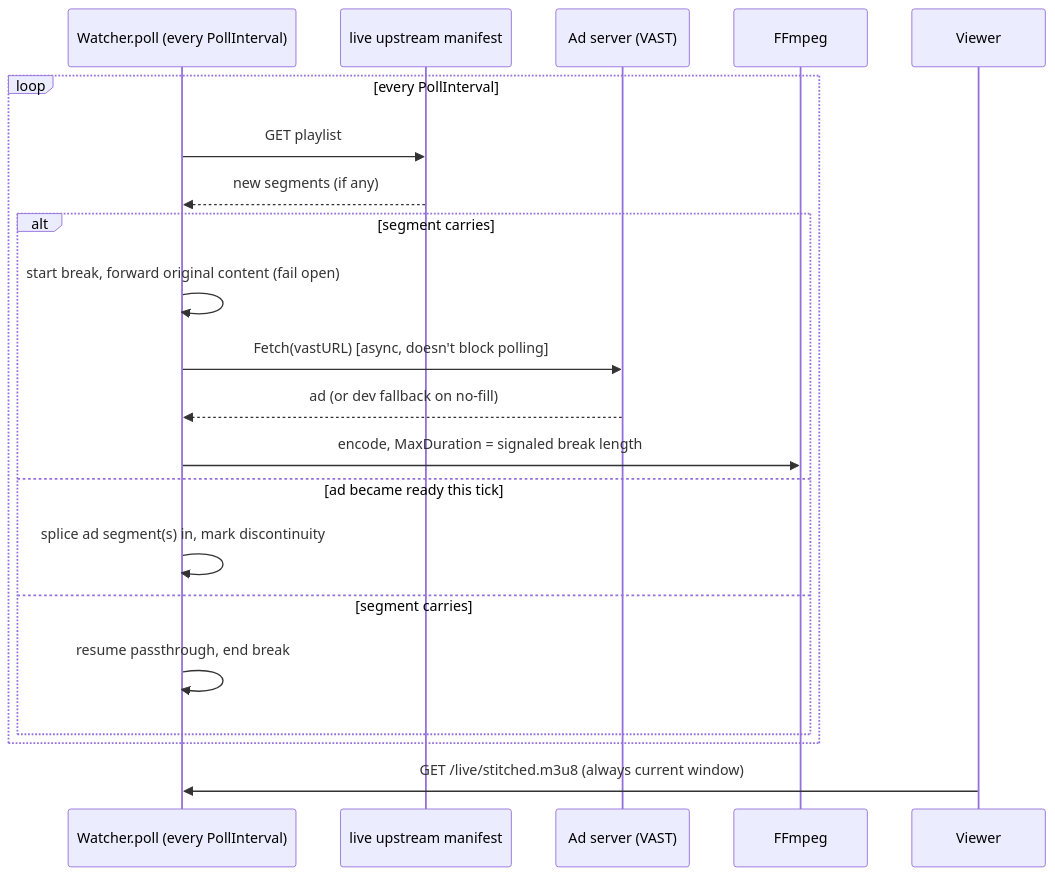
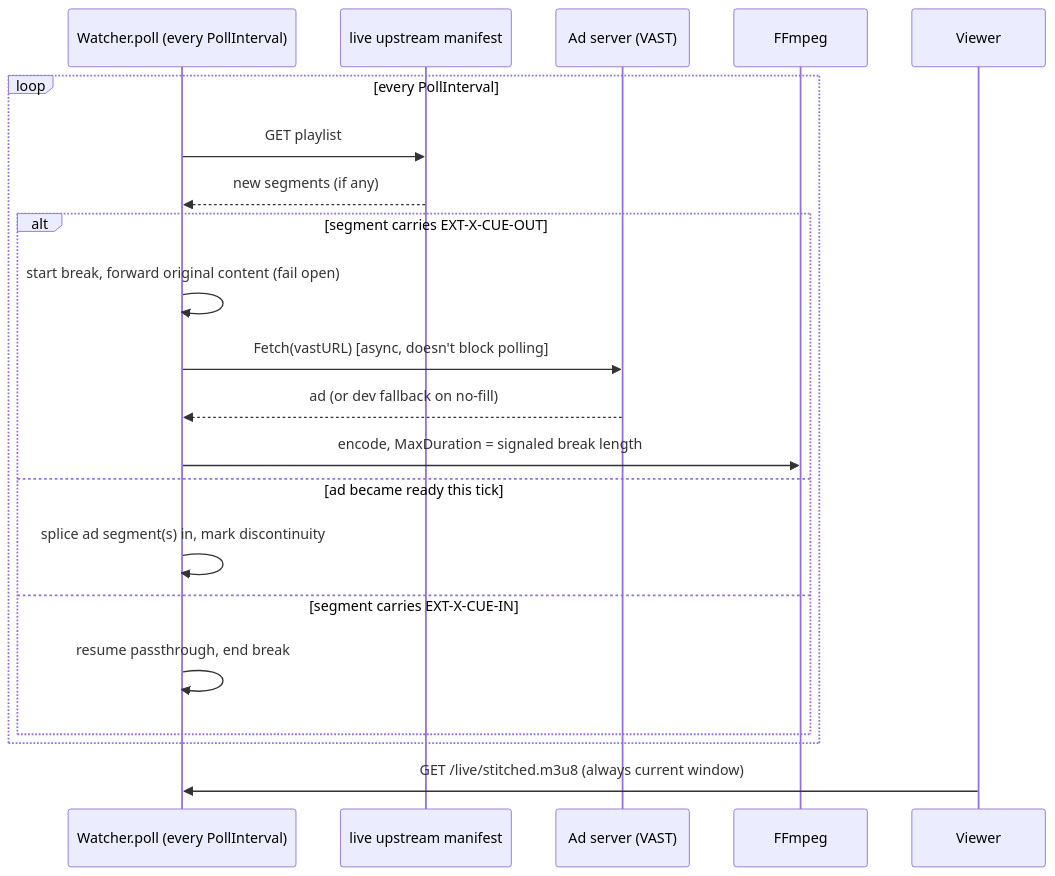
One commit to izaacledererjunior/stitchpoint changed the sixth of 6 diagrams in README.md. Above: the diagram before and after it, drawn with Mermaid. The commit also changed other lines of this file, not shown here.

````diff
--- a/README.md
+++ b/README.md
@@ -307,24 +307,24 @@
 ```mermaid
 sequenceDiagram
     participant Poller as Watcher.poll (every PollInterval)
     participant Upstream as live upstream manifest
     participant VAST as Ad server (VAST)
     participant FFmpeg
     participant Viewer
 
     loop every PollInterval
         Poller->>Upstream: GET playlist
         Upstream-->>Poller: new segments (if any)
-        alt segment carries #EXT-X-CUE-OUT
+        alt segment carries EXT-X-CUE-OUT
             Poller->>Poller: start break, forward original content (fail open)
             Poller->>VAST: Fetch(vastURL) [async, doesn't block polling]
             VAST-->>Poller: ad (or dev fallback on no-fill)
             Poller->>FFmpeg: encode, MaxDuration = signaled break length
         else ad became ready this tick
             Poller->>Poller: splice ad segment(s) in, mark discontinuity
-        else segment carries #EXT-X-CUE-IN
+        else segment carries EXT-X-CUE-IN
             Poller->>Poller: resume passthrough, end break
         end
     end
     Viewer->>Poller: GET /live/stitched.m3u8 (always current window)
 ```
````
